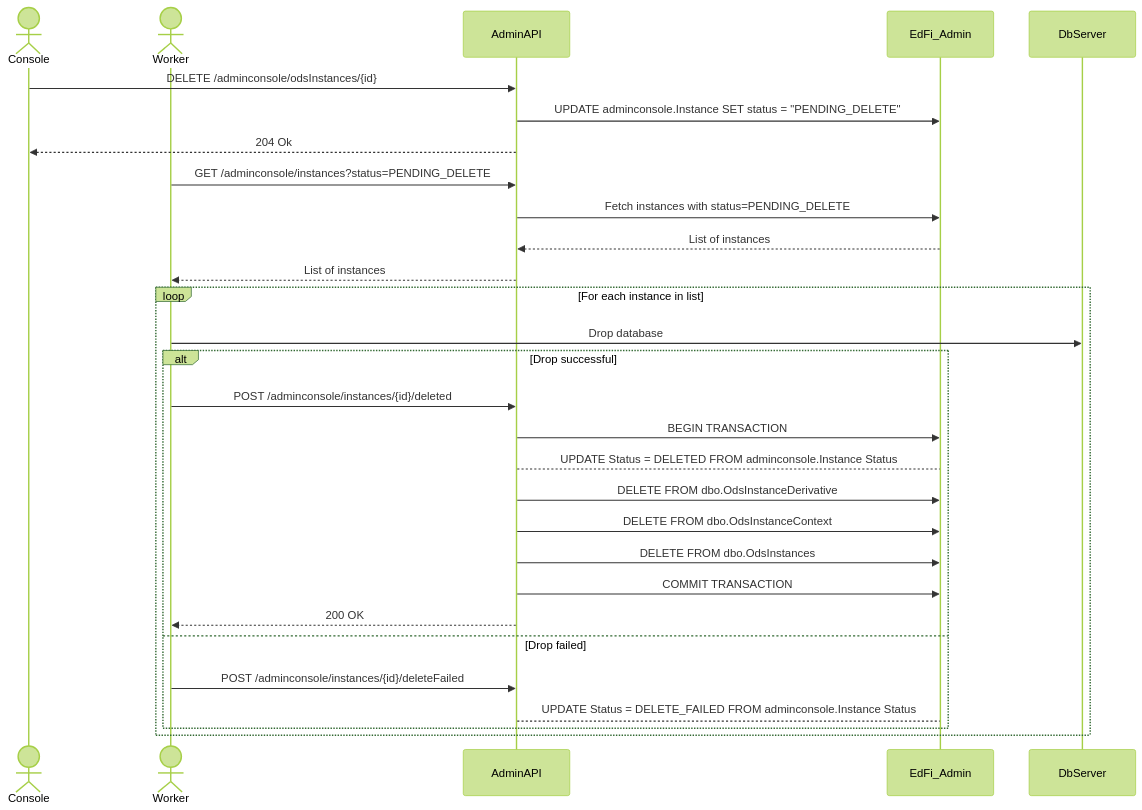
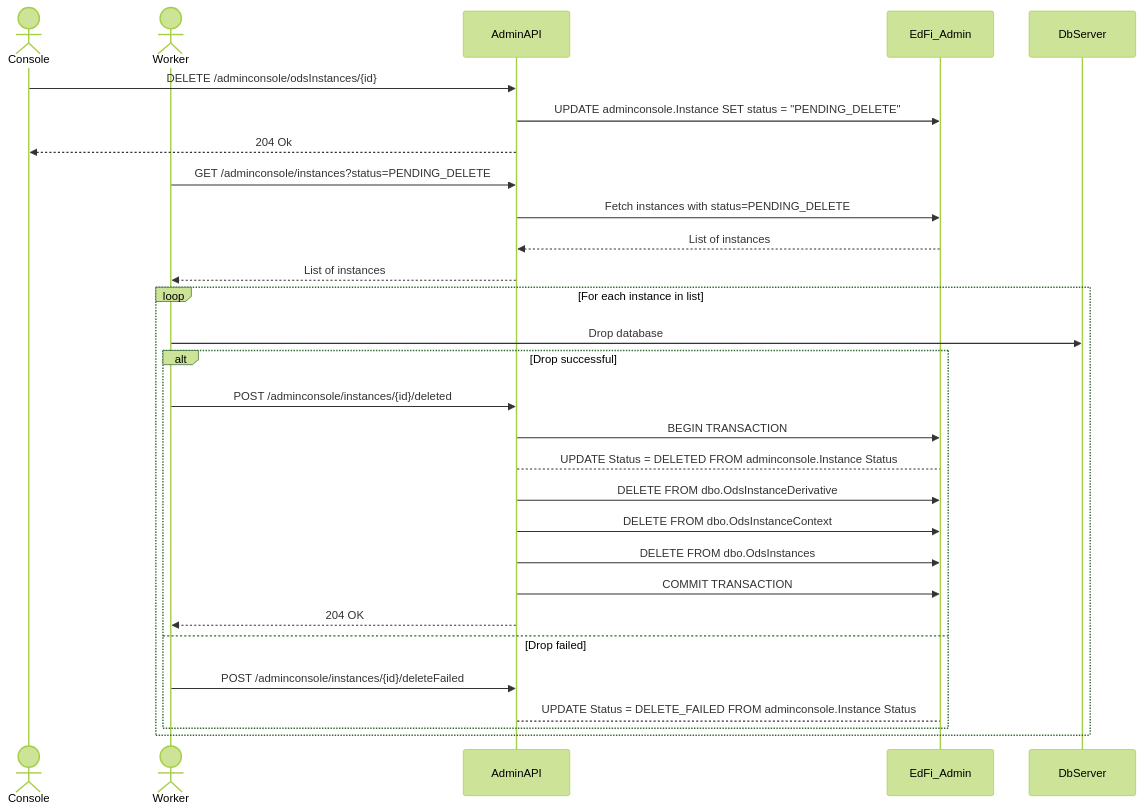
One commit to Ed-Fi-Alliance-OSS/AdminAPI-2.x changed the third of 6 diagrams in docs/design/adminconsole/INSTANCE-MANAGEMENT.md. Above: the diagram before and after it, drawn with Mermaid (forest theme). The commit also changed other lines of this file and 1 other file, not shown here.

Commit message:
Move "future" API endpoints to new section Add requirements and sequence for the Rename operations

````diff
--- a/docs/design/adminconsole/INSTANCE-MANAGEMENT.md
+++ b/docs/design/adminconsole/INSTANCE-MANAGEMENT.md
@@ -133,38 +151,38 @@
 ```mermaid
 sequenceDiagram
     actor Console
     actor Worker
     participant AdminAPI
     participant EdFi_Admin
     participant DbServer
 
     Console ->> AdminAPI: DELETE /adminconsole/odsInstances/{id}
     AdminAPI ->> EdFi_Admin: UPDATE adminconsole.Instance SET status = "PENDING_DELETE"
     AdminAPI -->> Console: 204 Ok
 
     Worker ->> AdminAPI: GET /adminconsole/instances?status=PENDING_DELETE
     AdminAPI ->> EdFi_Admin: Fetch instances with status=PENDING_DELETE
     EdFi_Admin -->> AdminAPI: List of instances
 
     AdminAPI -->> Worker: List of instances
 
     loop For each instance in list
         Worker ->> DbServer: Drop database
 
         alt Drop successful
             Worker ->> AdminAPI: POST /adminconsole/instances/{id}/deleted
 
             AdminAPI ->> EdFi_Admin: BEGIN TRANSACTION
             AdminAPI --> EdFi_Admin: UPDATE Status = DELETED FROM adminconsole.Instance Status
             AdminAPI ->> EdFi_Admin: DELETE FROM dbo.OdsInstanceDerivative
             AdminAPI ->> EdFi_Admin: DELETE FROM dbo.OdsInstanceContext
             AdminAPI ->> EdFi_Admin: DELETE FROM dbo.OdsInstances
             AdminAPI ->> EdFi_Admin: COMMIT TRANSACTION
 
-            AdminAPI -->> Worker: 200 OK
+            AdminAPI -->> Worker: 204 OK
         else Drop failed
             Worker ->> AdminAPI: POST /adminconsole/instances/{id}/deleteFailed
             AdminAPI --> EdFi_Admin: UPDATE Status = DELETE_FAILED FROM adminconsole.Instance Status
         end
     end
 ```
````
